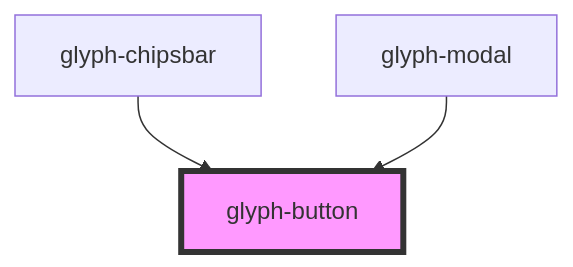
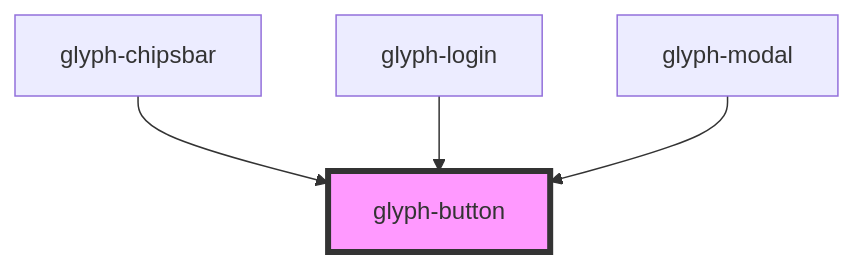
The diagram in packages/glyph-components/src/components/button/readme.md (adrianiy/synth-ui), drawn with Mermaid before and after one commit. The commit also changed other lines of this file and 23 other files, not shown here.

````diff
--- a/packages/glyph-components/src/components/button/readme.md
+++ b/packages/glyph-components/src/components/button/readme.md
@@ -27,6 +28,7 @@
 ```mermaid
 graph TD;
   glyph-chipsbar --> glyph-button
+  glyph-login --> glyph-button
   glyph-modal --> glyph-button
   style glyph-button fill:#f9f,stroke:#333,stroke-width:4px
 ```
````
